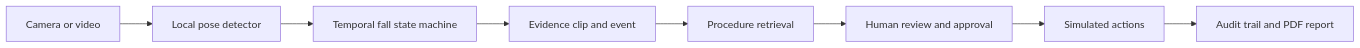
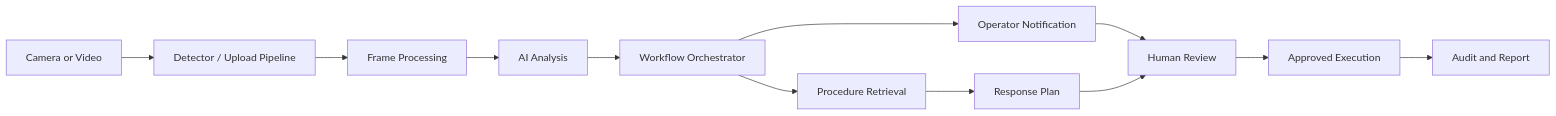
One commit to Yug-More/SafetyLens changed the second of 2 diagrams in README.md. Above: the diagram before and after it, drawn with Mermaid. The commit also changed other lines of this file, not shown here.

````diff
--- a/README.md
+++ b/README.md
@@ -19,10 +153,14 @@
 ```mermaid
 flowchart LR
-    A[Camera or video] --> B[Local pose detector]
-    B --> C[Temporal fall state machine]
-    C --> D[Evidence clip and event]
-    D --> E[Procedure retrieval]
-    E --> F[Human review and approval]
-    F --> G[Simulated actions]
-    G --> H[Audit trail and PDF report]
+    A["Camera or Video"] --> B["Detector / Upload Pipeline"]
+    B --> C["Frame Processing"]
+    C --> D["AI Analysis"]
+    D --> E["Workflow Orchestrator"]
+    E --> F["Operator Notification"]
+    E --> G["Procedure Retrieval"]
+    G --> H["Response Plan"]
+    F --> I["Human Review"]
+    H --> I
+    I --> J["Approved Execution"]
+    J --> K["Audit and Report"]
 ```
````
